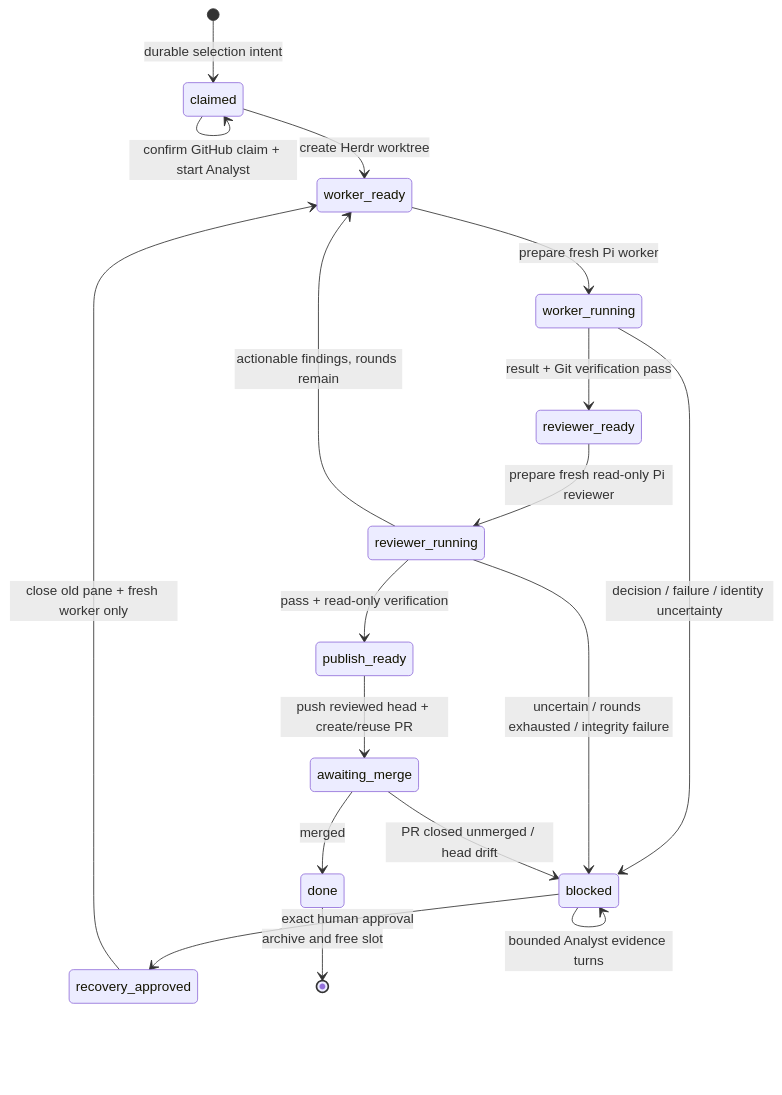
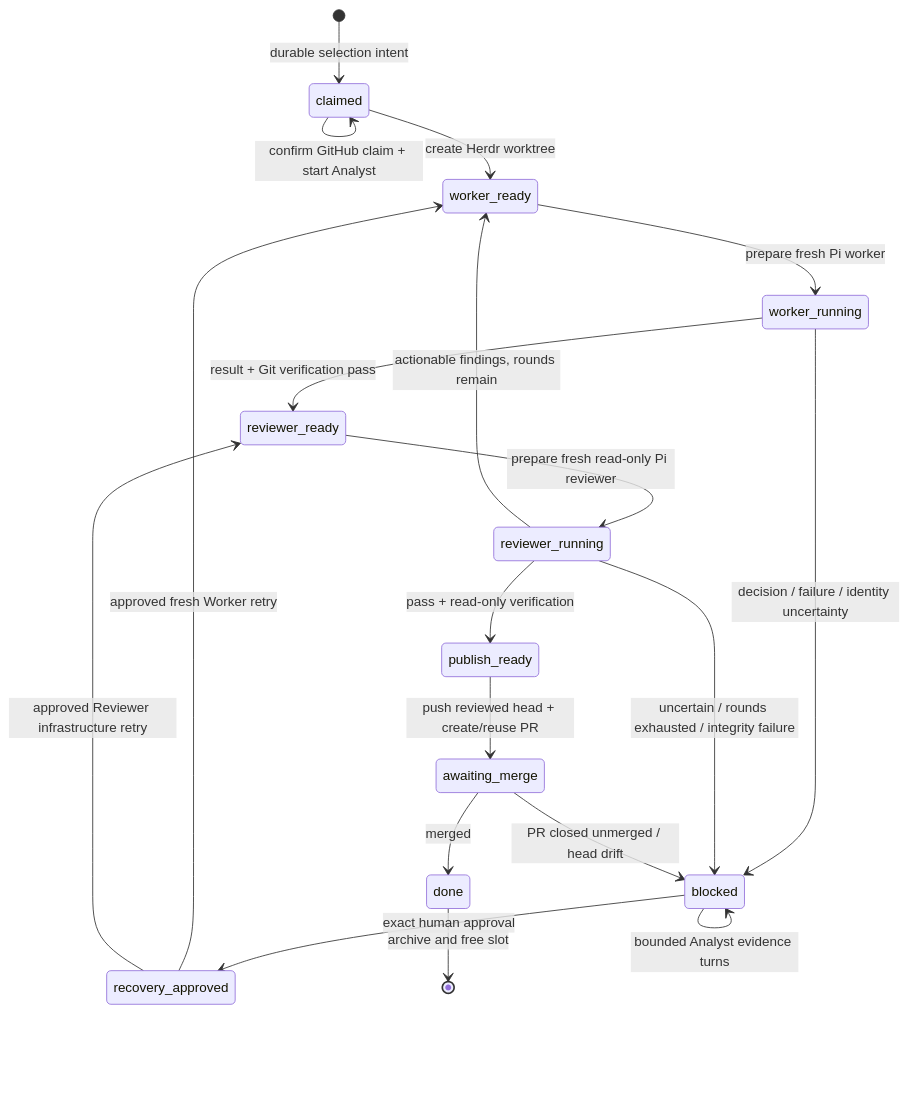
Before and after one commit to Notyet1307/HerdrHarness-lite: the second of 3 diagrams in ARCHITECTURE.zh-CN.md, drawn with Mermaid. The commit also changed other lines of this file and 40 other files, not shown here.

Commit message:
fix: retry Reviewer after infrastructure failure

````diff
--- a/ARCHITECTURE.zh-CN.md
+++ b/ARCHITECTURE.zh-CN.md
@@ -184,25 +184,26 @@
 ```mermaid
 stateDiagram-v2
     [*] --> claimed: durable selection intent
     claimed --> claimed: confirm GitHub claim + start Analyst
     claimed --> worker_ready: create Herdr worktree
 
     worker_ready --> worker_running: prepare fresh Pi worker
     worker_running --> reviewer_ready: result + Git verification pass
     worker_running --> blocked: decision / failure / identity uncertainty
 
     reviewer_ready --> reviewer_running: prepare fresh read-only Pi reviewer
     reviewer_running --> publish_ready: pass + read-only verification
     reviewer_running --> worker_ready: actionable findings, rounds remain
     reviewer_running --> blocked: uncertain / rounds exhausted / integrity failure
 
     publish_ready --> awaiting_merge: push reviewed head + create/reuse PR
     awaiting_merge --> done: merged
     awaiting_merge --> blocked: PR closed unmerged / head drift
 
     blocked --> blocked: bounded Analyst evidence turns
     blocked --> recovery_approved: exact human approval
-    recovery_approved --> worker_ready: close old pane + fresh worker only
+    recovery_approved --> worker_ready: approved fresh Worker retry
+    recovery_approved --> reviewer_ready: approved Reviewer infrastructure retry
 
     done --> [*]: archive and free slot
 ```
````
